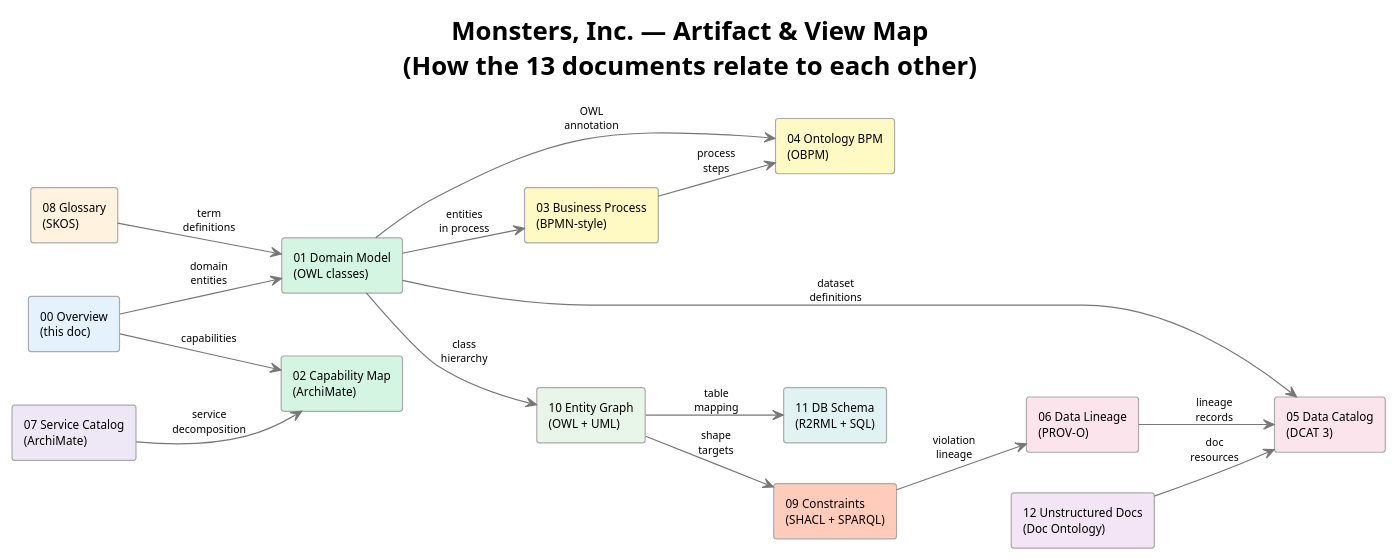
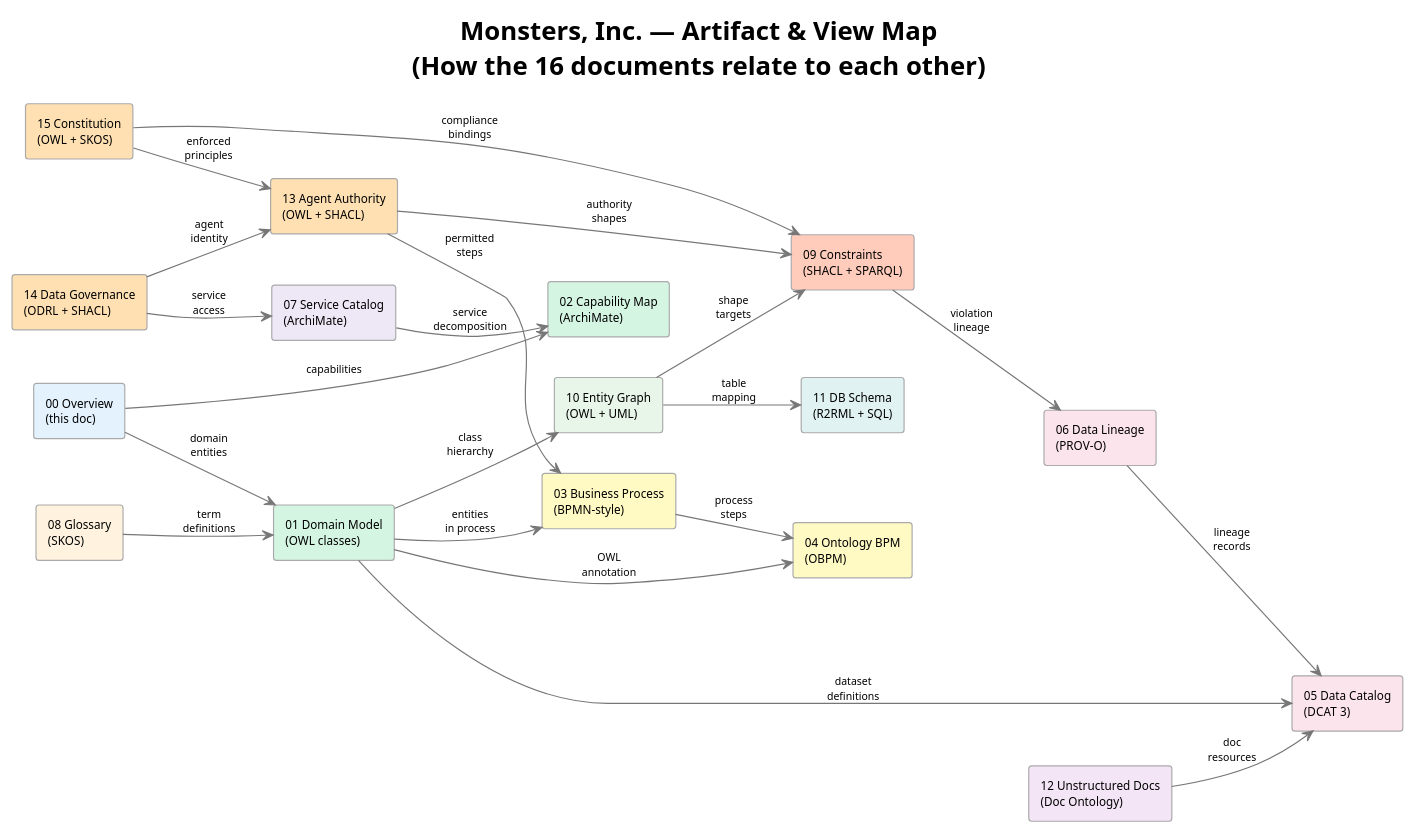
Before and after one commit to gazzwi86/monsters-inc: the fourth of 5 diagrams in docs/00-overview.md, drawn with PlantUML. The commit also changed other lines of this file and 43 other files, not shown here.

````diff
--- a/docs/00-overview.md
+++ b/docs/00-overview.md
@@ -237,46 +237,55 @@
 ```plantuml
 @startuml MI-Views-Map
 !theme plain
 skinparam backgroundColor #FFFFFF
 skinparam defaultFontName Helvetica
 skinparam rectangleBorderColor #AAAAAA
 skinparam rectangleBackgroundColor #F9F9F9
 skinparam rectangleFontSize 10
 skinparam arrowColor #777777
 skinparam arrowFontSize 9
 
-title Monsters, Inc. — Artifact & View Map\n(How the 13 documents relate to each other)
+title Monsters, Inc. — Artifact & View Map\n(How the 16 documents relate to each other)
 
 left to right direction
 
 rectangle "00 Overview\n(this doc)" as V00 #E3F2FD
 rectangle "01 Domain Model\n(OWL classes)" as V01 #D5F5E3
 rectangle "02 Capability Map\n(ArchiMate)" as V02 #D5F5E3
 rectangle "03 Business Process\n(BPMN-style)" as V03 #FFF9C4
 rectangle "04 Ontology BPM\n(OBPM)" as V04 #FFF9C4
 rectangle "05 Data Catalog\n(DCAT 3)" as V05 #FCE4EC
 rectangle "06 Data Lineage\n(PROV-O)" as V06 #FCE4EC
 rectangle "07 Service Catalog\n(ArchiMate)" as V07 #EDE7F6
 rectangle "08 Glossary\n(SKOS)" as V08 #FFF3E0
 rectangle "09 Constraints\n(SHACL + SPARQL)" as V09 #FFCCBC
 rectangle "10 Entity Graph\n(OWL + UML)" as V10 #E8F5E9
 rectangle "11 DB Schema\n(R2RML + SQL)" as V11 #E0F2F1
 rectangle "12 Unstructured Docs\n(Doc Ontology)" as V12 #F3E5F5
+rectangle "13 Agent Authority\n(OWL + SHACL)" as V13 #FFE0B2
+rectangle "14 Data Governance\n(ODRL + SHACL)" as V14 #FFE0B2
+rectangle "15 Constitution\n(OWL + SKOS)" as V15 #FFE0B2
 
 V00 --> V01 : domain\nentities
 V00 --> V02 : capabilities
 V01 --> V03 : entities\nin process
 V01 --> V04 : OWL\nannotation
 V03 --> V04 : process\nsteps
 V01 --> V10 : class\nhierarchy
 V10 --> V09 : shape\ntargets
 V10 --> V11 : table\nmapping
 V01 --> V05 : dataset\ndefinitions
 V06 --> V05 : lineage\nrecords
 V08 --> V01 : term\ndefinitions
 V07 --> V02 : service\ndecomposition
 V12 --> V05 : doc\nresources
 V09 --> V06 : violation\nlineage
+V13 --> V03 : permitted\nsteps
+V13 --> V09 : authority\nshapes
+V14 --> V07 : service\naccess
+V14 --> V13 : agent\nidentity
+V15 --> V13 : enforced\nprinciples
+V15 --> V09 : compliance\nbindings
 
 @enduml
 ```
````
